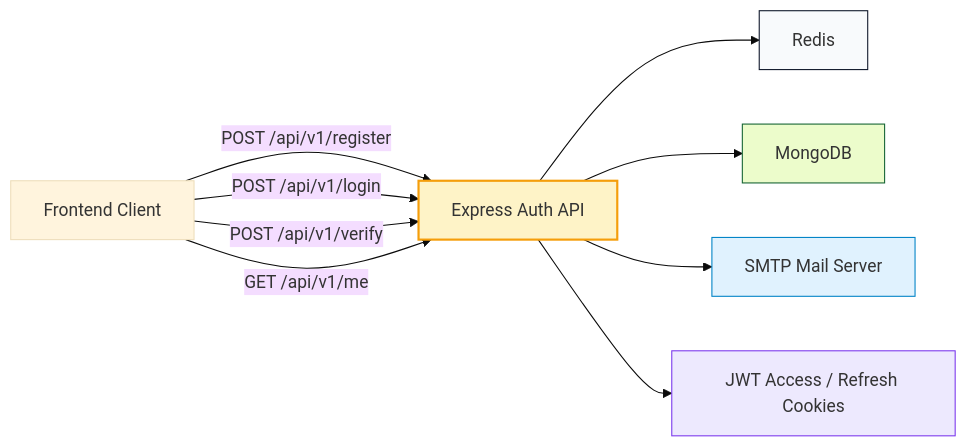
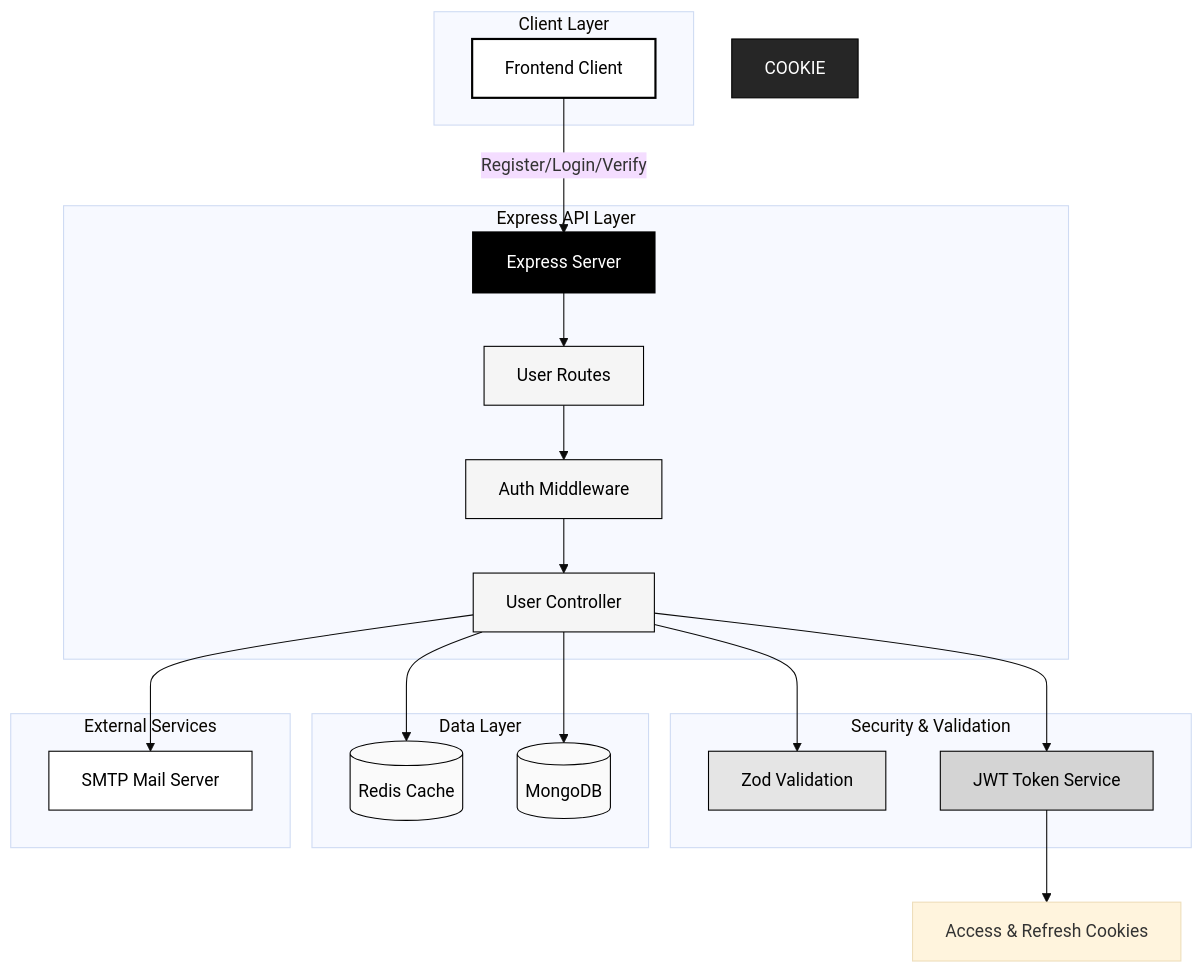
The first of 3 diagrams in README.md (sahil-kumar-ai/OUTFIT-Backend), drawn with Mermaid (base theme) before and after one commit. The commit also changed other lines of this file, not shown here.

Commit message:
docs: add README with architecture diagrams
- Added comprehensive project README
- Included project overview and feature list
- Added system architecture diagrams
- Documented authentication workflow
- Added API structure and backend flow
- Improved repository documentation and readability
- Enhanced onboarding experience for contributors

````diff
--- a/README.md
+++ b/README.md
@@ -50,16 +50,83 @@
 ```mermaid
-flowchart LR
-  A[Frontend Client] -->|POST /api/v1/register| B[Express Auth API]
-  A -->|POST /api/v1/login| B
-  A -->|POST /api/v1/verify| B
-  A -->|GET /api/v1/me| B
-  B --> C[Redis]
-  B --> D[MongoDB]
-  B --> E[SMTP Mail Server]
-  B --> F[JWT Access / Refresh Cookies]
-  style B fill:#fef3c7,stroke:#f59e0b,stroke-width:2px
-  style C fill:#f8fafc,stroke:#0f172a
-  style D fill:#ecfccb,stroke:#166534
-  style E fill:#e0f2fe,stroke:#0284c7
-  style F fill:#ede9fe,stroke:#7c3aed
+flowchart TB
+
+%% =========================
+%% CLIENT LAYER
+%% =========================
+subgraph CLIENT["Client Layer"]
+    A[Frontend Client]
+end
+
+%% =========================
+%% API LAYER
+%% =========================
+subgraph API["Express API Layer"]
+    B[Express Server]
+
+    R[User Routes]
+    M[Auth Middleware]
+    C[User Controller]
+
+    B --> R
+    R --> M
+    M --> C
+end
+
+%% =========================
+%% VALIDATION & SECURITY
+%% =========================
+subgraph SECURITY["Security & Validation"]
+    Z[Zod Validation]
+    J[JWT Token Service]
+end
+
+%% =========================
+%% DATA LAYER
+%% =========================
+subgraph DATA["Data Layer"]
+    REDIS[(Redis Cache)]
+    MONGO[(MongoDB)]
+end
+
+%% =========================
+%% EXTERNAL SERVICES
+%% =========================
+subgraph EXTERNAL["External Services"]
+    SMTP[SMTP Mail Server]
+end
+
+%% =========================
+%% FLOW
+%% =========================
+A -->|Register/Login/Verify| B
+
+C --> Z
+C --> J
+
+C --> REDIS
+C --> MONGO
+C --> SMTP
+
+J --> COOKIES[Access & Refresh Cookies]
+
+%% =========================
+%% COLORS
+%% =========================
+
+style A fill:#ffffff,stroke:#000000,stroke-width:2px,color:#000000
+
+style B fill:#000000,stroke:#000000,stroke-width:3px,color:#ffffff
+style R fill:#f5f5f5,stroke:#000000,color:#000000
+style M fill:#f5f5f5,stroke:#000000,color:#000000
+style C fill:#f5f5f5,stroke:#000000,color:#000000
+
+style Z fill:#e5e5e5,stroke:#000000,color:#000000
+style J fill:#d4d4d4,stroke:#000000,color:#000000
+
+style REDIS fill:#fafafa,stroke:#000000,color:#000000
+style MONGO fill:#fafafa,stroke:#000000,color:#000000
+
+style SMTP fill:#ffffff,stroke:#000000,color:#000000
+
+style COOKIE fill:#262626,stroke:#000000,color:#ffffff
 ``` 
````
